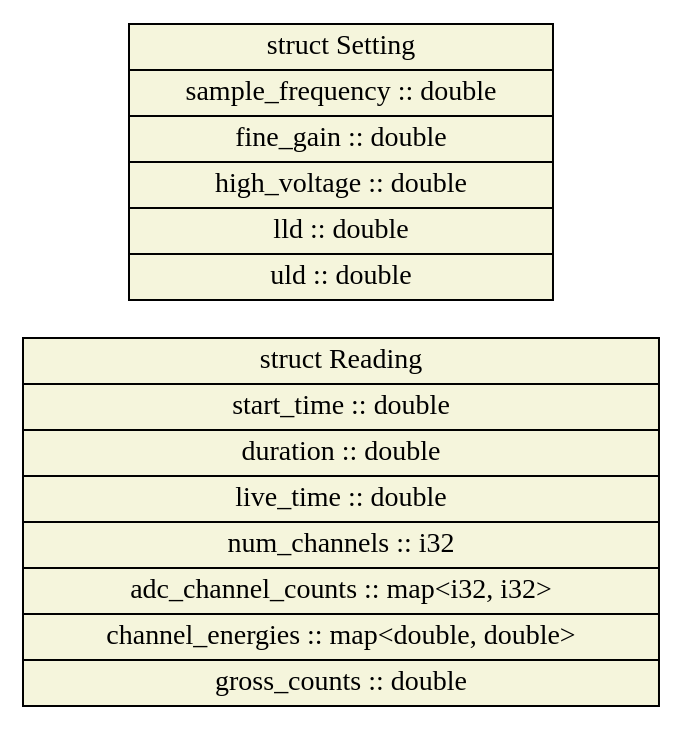
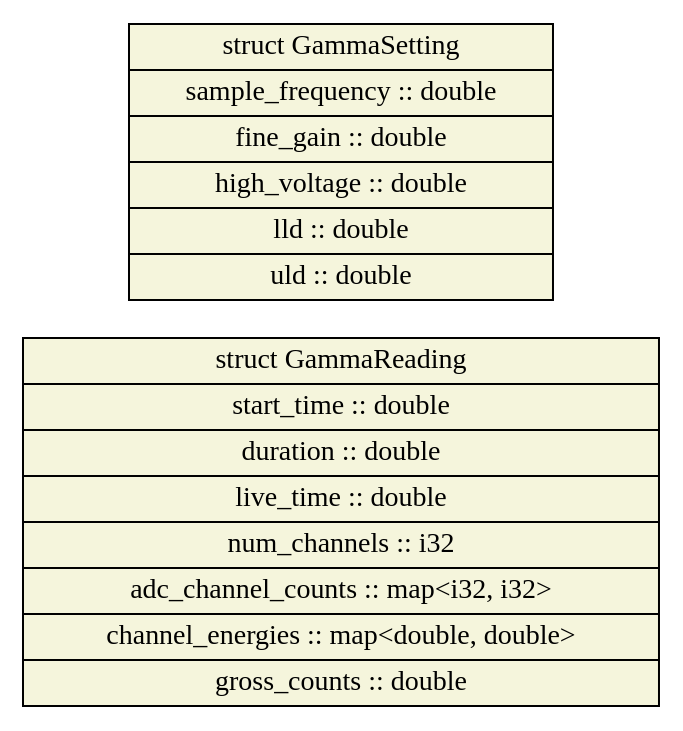
Before and after one commit to jkwong80/baa_messages: the diagram in docs/thrift/sensor/gamma_sensor.gv, drawn with Graphviz. The commit also changed 38 other files, not shown here.

```diff
--- a/docs/thrift/sensor/gamma_sensor.gv
+++ b/docs/thrift/sensor/gamma_sensor.gv
@@ -1,9 +1,9 @@
 digraph "gamma_sensor" {
 node [style=filled, shape=record];
 edge [arrowsize=0.5];
 rankdir=LR
 node [fillcolor=beige];
-Reading [label="struct Reading|<field_start_time>start_time :: double|<field_duration>duration :: double|<field_live_time>live_time :: double|<field_num_channels>num_channels :: i32|<field_adc_channel_counts>adc_channel_counts :: map\<i32, i32\>|<field_channel_energies>channel_energies :: map\<double, double\>|<field_gross_counts>gross_counts :: double"];
+GammaReading [label="struct GammaReading|<field_start_time>start_time :: double|<field_duration>duration :: double|<field_live_time>live_time :: double|<field_num_channels>num_channels :: i32|<field_adc_channel_counts>adc_channel_counts :: map\<i32, i32\>|<field_channel_energies>channel_energies :: map\<double, double\>|<field_gross_counts>gross_counts :: double"];
 node [fillcolor=beige];
-Setting [label="struct Setting|<field_sample_frequency>sample_frequency :: double|<field_fine_gain>fine_gain :: double|<field_high_voltage>high_voltage :: double|<field_lld>lld :: double|<field_uld>uld :: double"];
+GammaSetting [label="struct GammaSetting|<field_sample_frequency>sample_frequency :: double|<field_fine_gain>fine_gain :: double|<field_high_voltage>high_voltage :: double|<field_lld>lld :: double|<field_uld>uld :: double"];
 }
```
